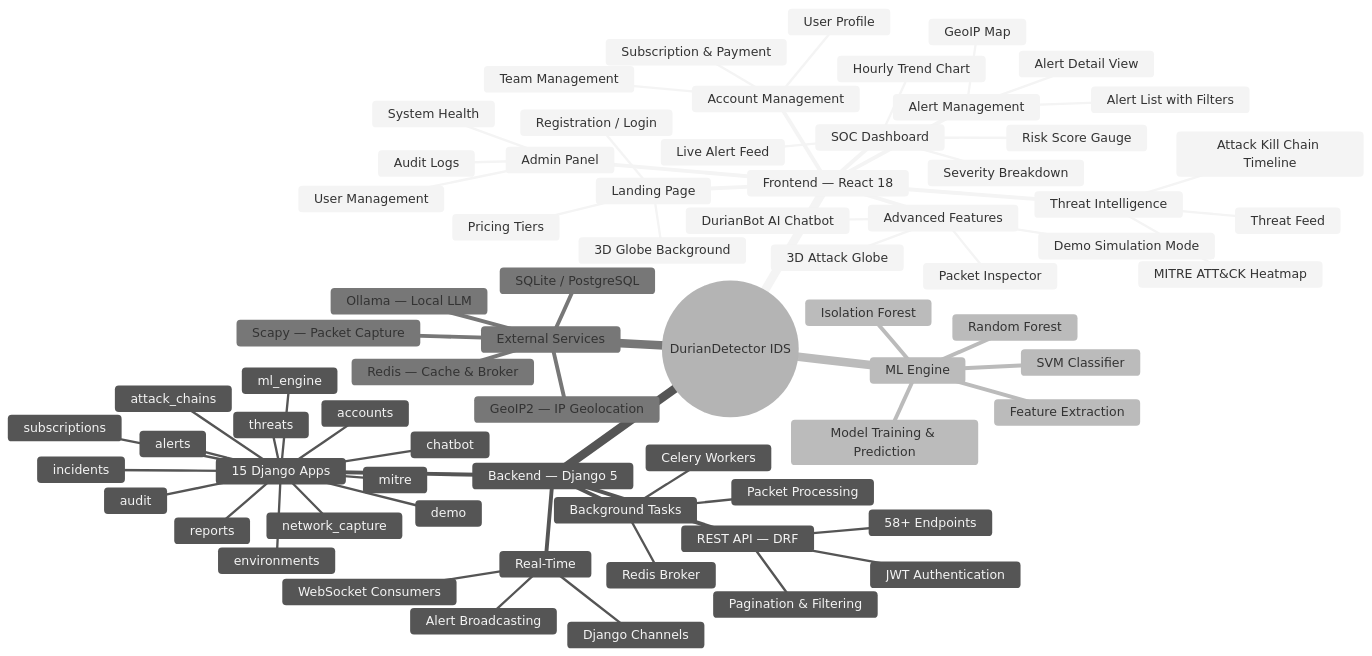
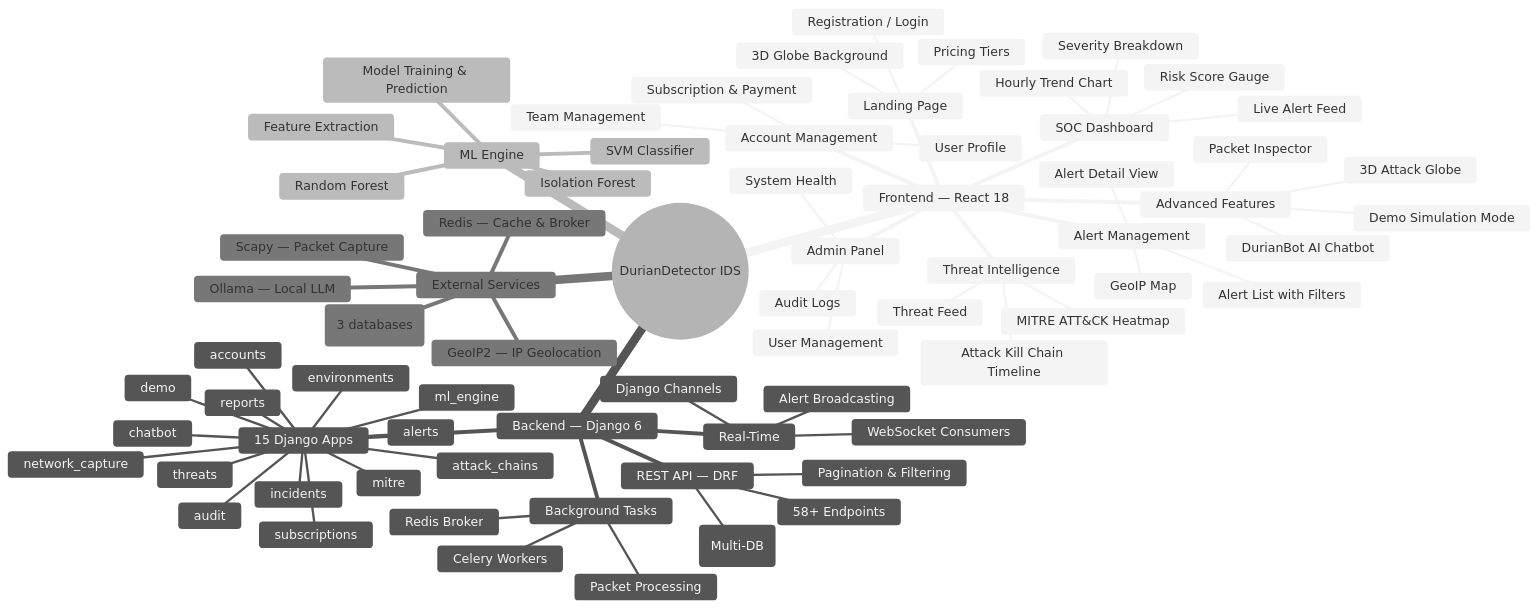
Before and after one commit to AnishVIP03/duriandetector: the first of 8 diagrams in docs/workflow-diagrams.md, drawn with Mermaid (neutral theme). The commit also changed other lines of this file and 4 other files, not shown here.

First line of the commit message:
Add comprehensive UML diagrams for FYP report

````diff
--- a/docs/workflow-diagrams.md
+++ b/docs/workflow-diagrams.md
@@ -10,75 +10,75 @@
 ```mermaid
 mindmap
   root((DurianDetector IDS))
     Frontend — React 18
       Landing Page
         3D Globe Background
         Pricing Tiers
         Registration / Login
       SOC Dashboard
         Risk Score Gauge
         Severity Breakdown
         Hourly Trend Chart
         Live Alert Feed
       Alert Management
         Alert List with Filters
         Alert Detail View
         GeoIP Map
       Threat Intelligence
         Threat Feed
         MITRE ATT&CK Heatmap
         Attack Kill Chain Timeline
       Advanced Features
         3D Attack Globe
         Packet Inspector
         DurianBot AI Chatbot
         Demo Simulation Mode
       Account Management
         Subscription & Payment
         Team Management
         User Profile
       Admin Panel
         User Management
         Audit Logs
         System Health
-    Backend — Django 5
+    Backend — Django 6
       REST API — DRF
-        JWT Authentication
+        JWT Authentication (Multi-DB)
         58+ Endpoints
         Pagination & Filtering
       15 Django Apps
         accounts
         alerts
         environments
         threats
         incidents
         ml_engine
         network_capture
         reports
         subscriptions
         mitre
         chatbot
         attack_chains
         audit
         demo
       Real-Time
         Django Channels
         WebSocket Consumers
         Alert Broadcasting
       Background Tasks
         Celery Workers
         Redis Broker
         Packet Processing
     ML Engine
       Random Forest
       SVM Classifier
       Isolation Forest
       Feature Extraction
       Model Training & Prediction
     External Services
       Scapy — Packet Capture
       Ollama — Local LLM
       Redis — Cache & Broker
-      SQLite / PostgreSQL
+      PostgreSQL 16 (3 databases)
       GeoIP2 — IP Geolocation
 ```
````
